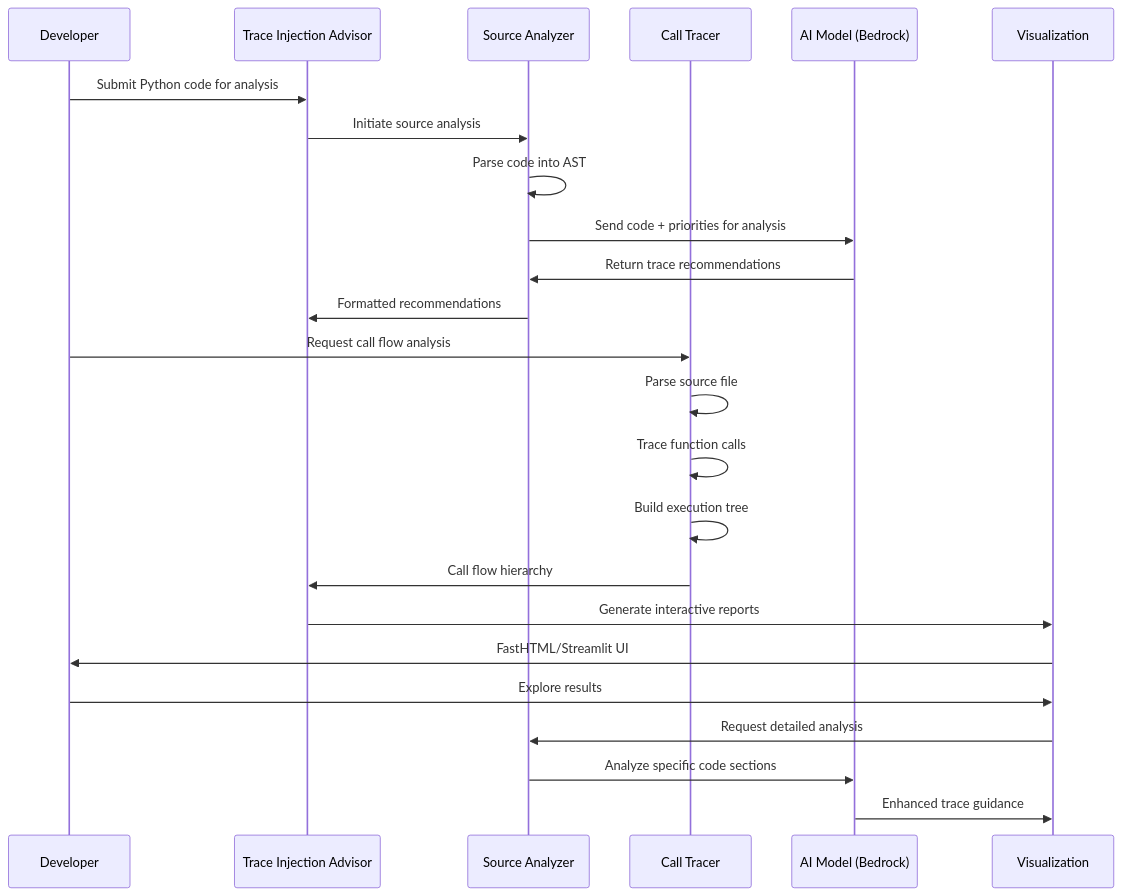
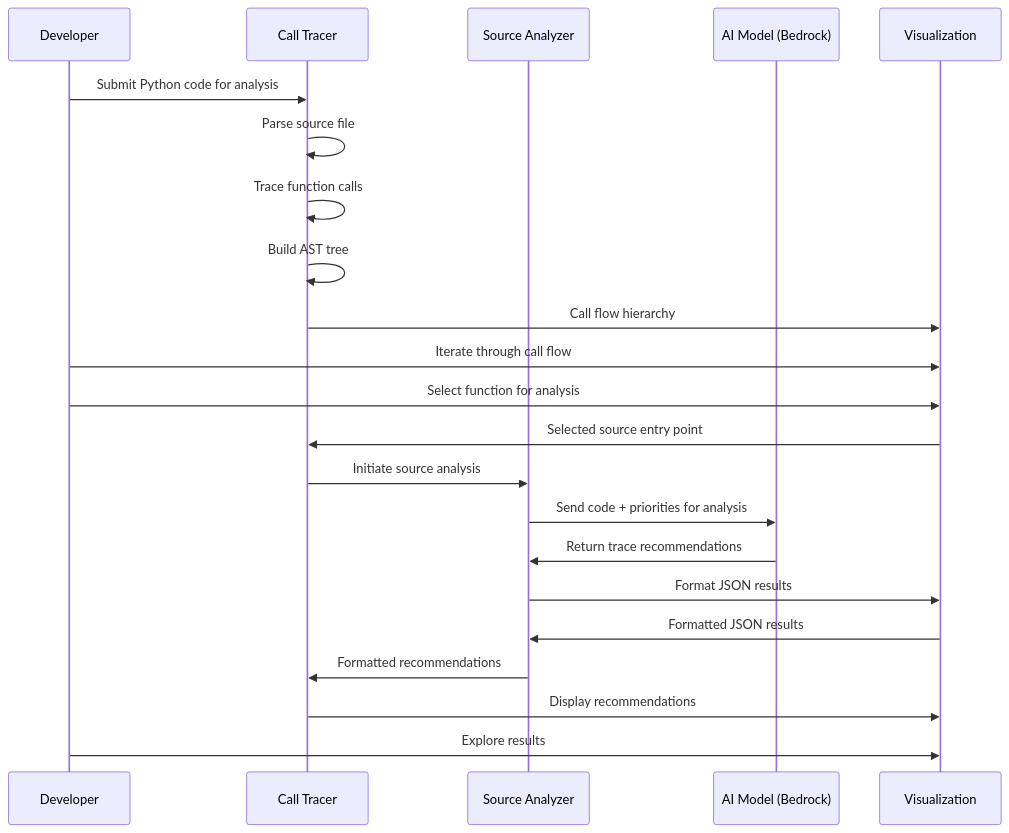
Before and after one commit to VerticalRelevance/distributed-tracing: the second of 2 diagrams in distributed-tracing-blog-post.md, drawn with Mermaid. The commit also changed other lines of this file and 1 other file, not shown here.

Commit message:
Start to revise the mermaid diagrams in the blog post

````diff
--- a/distributed-tracing-blog-post.md
+++ b/distributed-tracing-blog-post.md
@@ -317,29 +210,28 @@
 ```mermaid
 sequenceDiagram
     participant Dev as Developer
-    participant TIA as Trace Injection Advisor
+    participant CT as Call Tracer
     participant SA as Source Analyzer
-    participant CT as Call Tracer
     participant AI as AI Model (Bedrock)
     participant VIZ as Visualization
     
-    Dev->>TIA: Submit Python code for analysis
-    TIA->>SA: Initiate source analysis
-    SA->>SA: Parse code into AST
+    Dev->>CT: Submit Python code for analysis
+    CT->>CT: Parse source file
+    CT->>CT: Trace function calls
+    CT->>CT: Build AST tree
+    CT->>VIZ: Call flow hierarchy
+
+    Dev->>VIZ: Iterate through call flow
+    Dev->>VIZ: Select function for analysis
+    VIZ->>CT: Selected source entry point
+    CT->>SA: Initiate source analysis
     SA->>AI: Send code + priorities for analysis
     AI->>SA: Return trace recommendations
-    SA->>TIA: Formatted recommendations
+    SA->>VIZ: Format JSON results
+    VIZ->>SA: Formatted JSON results
+    SA->>CT: Formatted recommendations
     
-    Dev->>CT: Request call flow analysis
-    CT->>CT: Parse source file
-    CT->>CT: Trace function calls
-    CT->>CT: Build execution tree
-    CT->>TIA: Call flow hierarchy
-    
-    TIA->>VIZ: Generate interactive reports
-    VIZ->>Dev: FastHTML/Streamlit UI
+    CT->>VIZ: Display recommendations
     Dev->>VIZ: Explore results
-    VIZ->>SA: Request detailed analysis
-    SA->>AI: Analyze specific code sections
-    AI->>VIZ: Enhanced trace guidance
+
 ```
````
